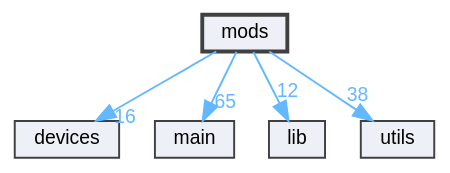
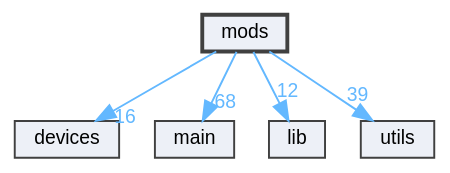
Before and after one commit to the-moisrex/foresight: the diagram in api/dir_e32e21dff86b2f4c3e9cf44f437b74cb_dep.dot, drawn with Graphviz. The commit also changed 257 other files, not shown here.

```diff
--- a/api/dir_e32e21dff86b2f4c3e9cf44f437b74cb_dep.dot
+++ b/api/dir_e32e21dff86b2f4c3e9cf44f437b74cb_dep.dot
@@ -1,17 +1,17 @@
 digraph "mods"
 {
  // LATEX_PDF_SIZE
   bgcolor="transparent";
   edge [fontname=Helvetica,fontsize=10,labelfontname=Helvetica,labelfontsize=10];
   node [fontname=Helvetica,fontsize=10,shape=box,height=0.2,width=0.4];
   compound=true
   dir_e32e21dff86b2f4c3e9cf44f437b74cb [label="mods", fillcolor="#edf0f7", color="grey25", style="filled,bold", URL="dir_e32e21dff86b2f4c3e9cf44f437b74cb.html",tooltip=""];
   dir_07b86ffc266b39efa5bbdc0e9fdb330a [label="devices", fillcolor="#edf0f7", color="grey25", style="filled", URL="dir_07b86ffc266b39efa5bbdc0e9fdb330a.html",tooltip=""];
   dir_5c982d53a68cdbcd421152b4020263a9 [label="main", fillcolor="#edf0f7", color="grey25", style="filled", URL="dir_5c982d53a68cdbcd421152b4020263a9.html",tooltip=""];
   dir_97aefd0d527b934f1d99a682da8fe6a9 [label="lib", fillcolor="#edf0f7", color="grey25", style="filled", URL="dir_97aefd0d527b934f1d99a682da8fe6a9.html",tooltip=""];
   dir_cbdb8362360e11eafe2fa3bc74cf0ffd [label="utils", fillcolor="#edf0f7", color="grey25", style="filled", URL="dir_cbdb8362360e11eafe2fa3bc74cf0ffd.html",tooltip=""];
   dir_e32e21dff86b2f4c3e9cf44f437b74cb->dir_07b86ffc266b39efa5bbdc0e9fdb330a [headlabel="16", labeldistance=1.5 headhref="dir_000004_000001.html" href="dir_000004_000001.html" color="steelblue1" fontcolor="steelblue1"];
-  dir_e32e21dff86b2f4c3e9cf44f437b74cb->dir_5c982d53a68cdbcd421152b4020263a9 [headlabel="65", labeldistance=1.5 headhref="dir_000004_000003.html" href="dir_000004_000003.html" color="steelblue1" fontcolor="steelblue1"];
+  dir_e32e21dff86b2f4c3e9cf44f437b74cb->dir_5c982d53a68cdbcd421152b4020263a9 [headlabel="68", labeldistance=1.5 headhref="dir_000004_000003.html" href="dir_000004_000003.html" color="steelblue1" fontcolor="steelblue1"];
   dir_e32e21dff86b2f4c3e9cf44f437b74cb->dir_97aefd0d527b934f1d99a682da8fe6a9 [headlabel="12", labeldistance=1.5 headhref="dir_000004_000002.html" href="dir_000004_000002.html" color="steelblue1" fontcolor="steelblue1"];
-  dir_e32e21dff86b2f4c3e9cf44f437b74cb->dir_cbdb8362360e11eafe2fa3bc74cf0ffd [headlabel="38", labeldistance=1.5 headhref="dir_000004_000005.html" href="dir_000004_000005.html" color="steelblue1" fontcolor="steelblue1"];
+  dir_e32e21dff86b2f4c3e9cf44f437b74cb->dir_cbdb8362360e11eafe2fa3bc74cf0ffd [headlabel="39", labeldistance=1.5 headhref="dir_000004_000005.html" href="dir_000004_000005.html" color="steelblue1" fontcolor="steelblue1"];
 }
```
